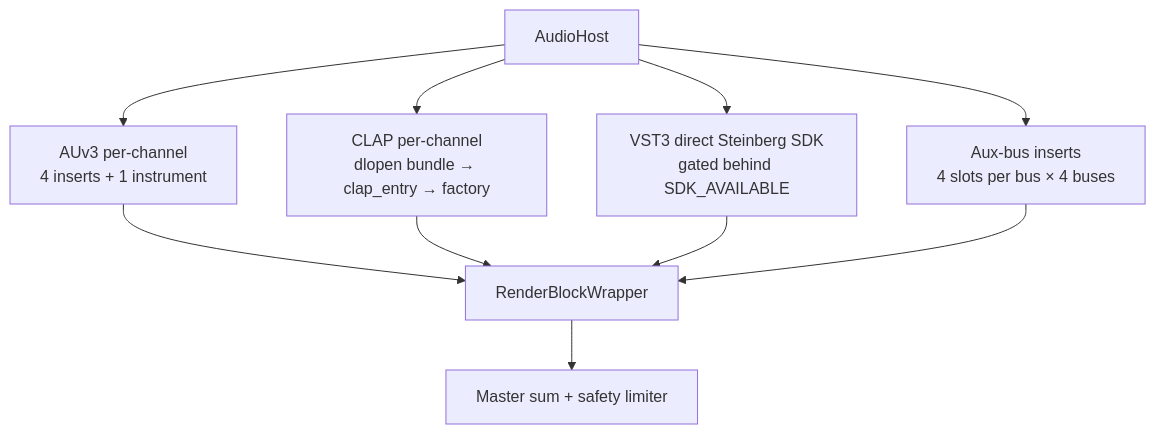
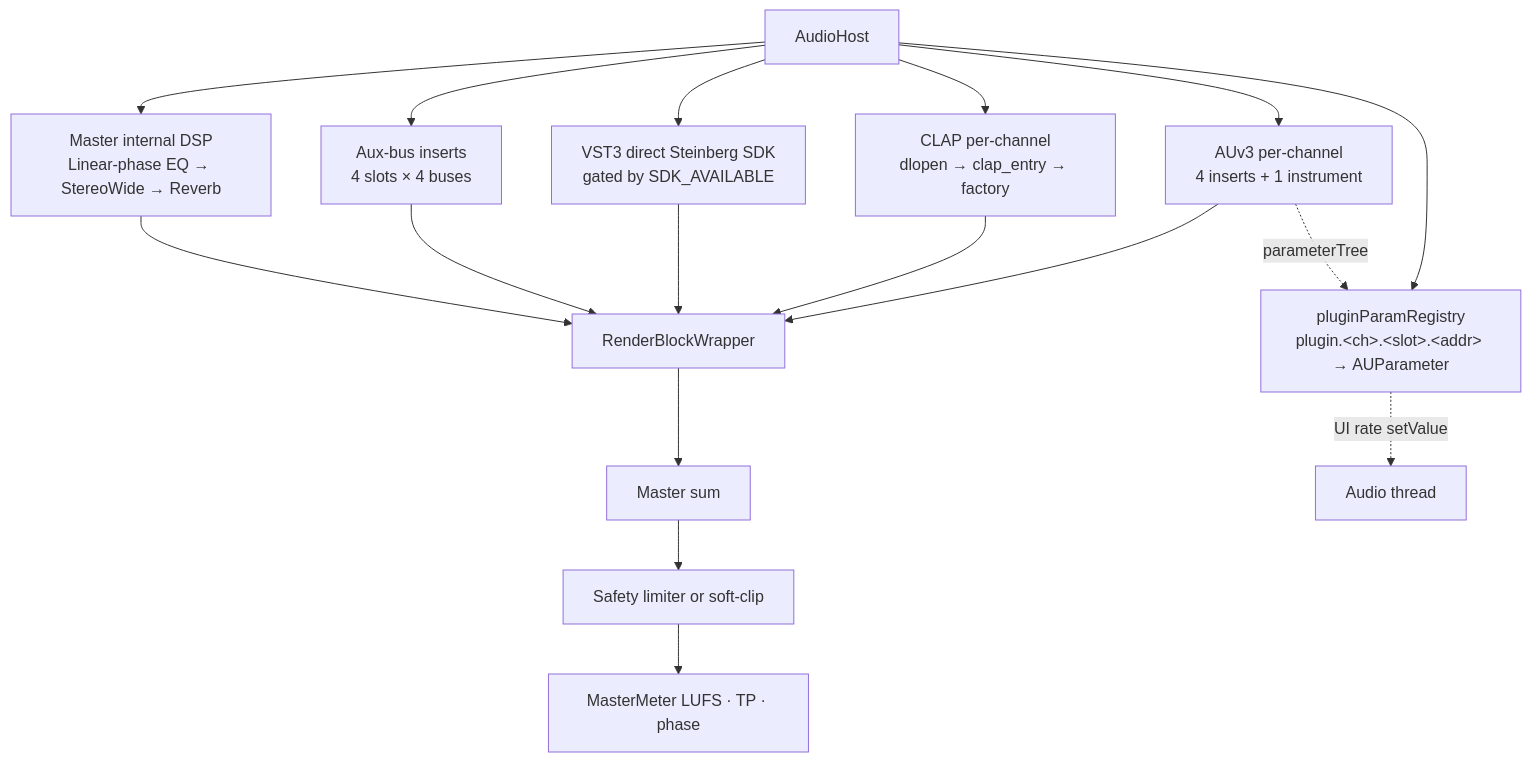
Before and after one commit to mstits/Tooot: the sixth of 7 diagrams in docs/ARCHITECTURE.md, drawn with Mermaid. The commit also changed other lines of this file and 4 other files, not shown here.

````diff
--- a/docs/ARCHITECTURE.md
+++ b/docs/ARCHITECTURE.md
@@ -121,13 +165,20 @@
 ```mermaid
 flowchart TD
     Host[AudioHost] --> AU[AUv3 per-channel<br/>4 inserts + 1 instrument]
-    Host --> CLAP[CLAP per-channel<br/>dlopen bundle → clap_entry → factory]
-    Host --> VST3[VST3 direct Steinberg SDK<br/>gated behind SDK_AVAILABLE]
-    Host --> BUS[Aux-bus inserts<br/>4 slots per bus × 4 buses]
+    Host --> CLAP[CLAP per-channel<br/>dlopen → clap_entry → factory]
+    Host --> VST3[VST3 direct Steinberg SDK<br/>gated by SDK_AVAILABLE]
+    Host --> BUS[Aux-bus inserts<br/>4 slots × 4 buses]
+    Host --> MASTER[Master internal DSP<br/>Linear-phase EQ → StereoWide → Reverb]
+    Host --> REG[pluginParamRegistry<br/>plugin.&lt;ch&gt;.&lt;slot&gt;.&lt;addr&gt; → AUParameter]
 
     AU --> Wrapper[RenderBlockWrapper]
     CLAP --> Wrapper
     VST3 --> Wrapper
     BUS --> Wrapper
-    Wrapper --> Master[Master sum + safety limiter]
+    MASTER --> Wrapper
+    Wrapper --> Sum[Master sum]
+    Sum --> Limiter[Safety limiter or soft-clip]
+    Limiter --> Meter[MasterMeter LUFS · TP · phase]
+    AU -.parameterTree.-> REG
+    REG -.UI rate setValue.-> Audio[Audio thread]
 ```
````
